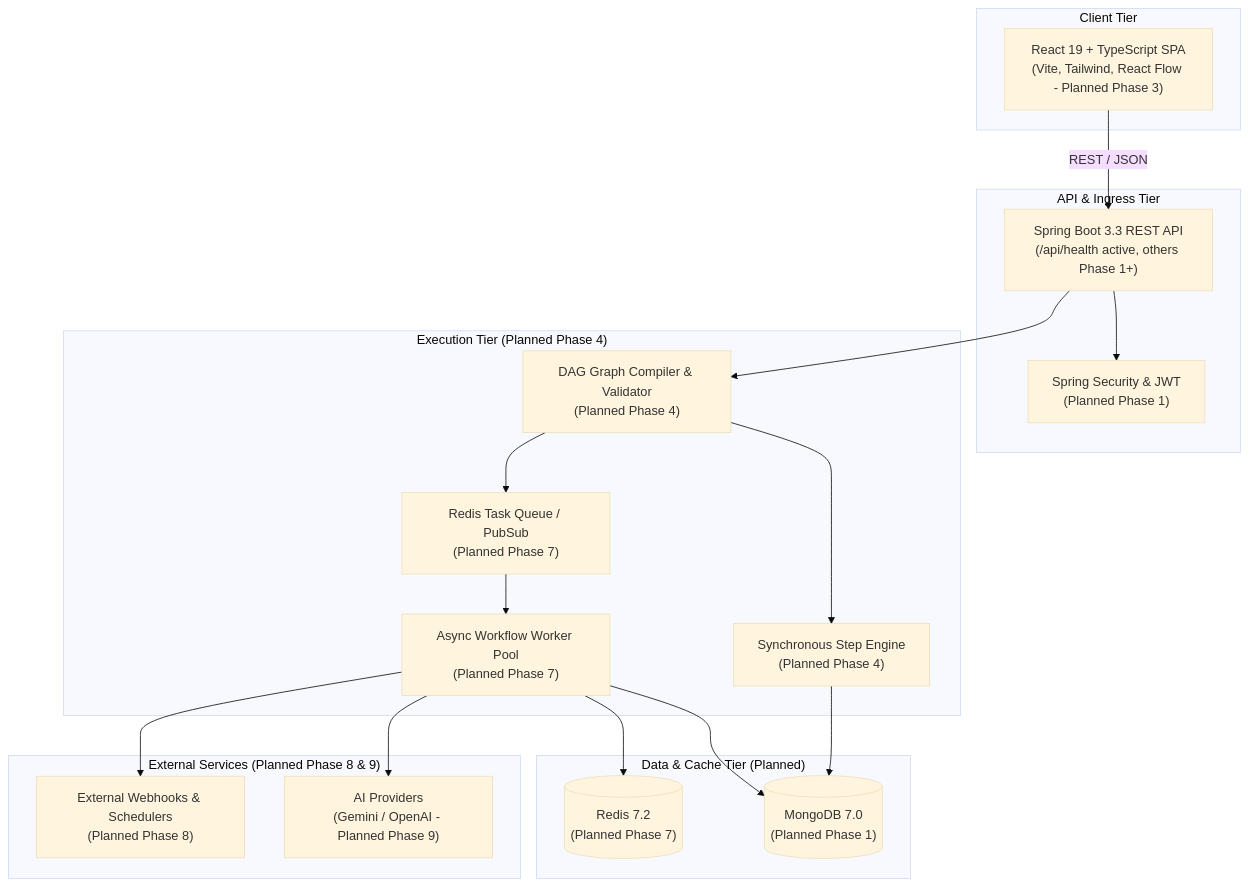
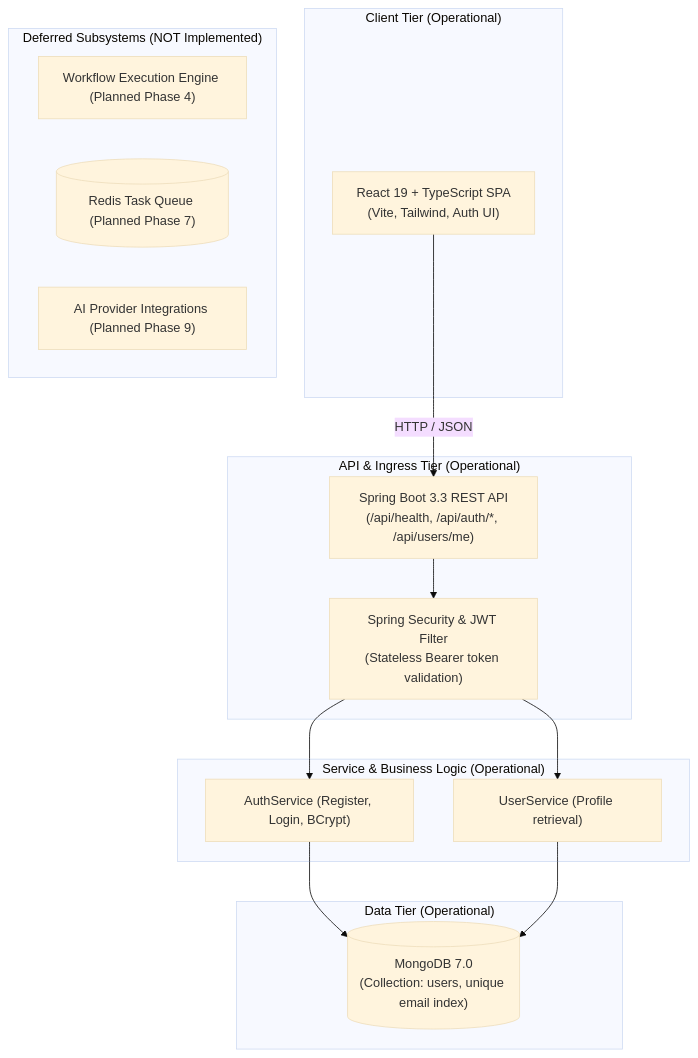
Before and after one commit to abhijeet-rx/Adonis: the diagram in ARCHITECTURE.md, drawn with Mermaid (base theme). The commit also changed other lines of this file and 15 other files, not shown here.

Commit message:
fix: finalize phase 1 authentication and user management

````diff
--- a/ARCHITECTURE.md
+++ b/ARCHITECTURE.md
@@ -21,40 +61,33 @@
 ```mermaid
 graph TD
-    subgraph Client["Client Tier"]
-        UI["React 19 + TypeScript SPA<br/>(Vite, Tailwind, React Flow - Planned Phase 3)"]
+    subgraph Client["Client Tier (Operational)"]
+        UI["React 19 + TypeScript SPA<br/>(Vite, Tailwind, Auth UI)"]
     end
 
-    subgraph Gateway["API & Ingress Tier"]
-        API["Spring Boot 3.3 REST API<br/>(/api/health active, others Phase 1+)"]
-        AUTH["Spring Security & JWT<br/>(Planned Phase 1)"]
+    subgraph Gateway["API & Ingress Tier (Operational)"]
+        API["Spring Boot 3.3 REST API<br/>(/api/health, /api/auth/*, /api/users/me)"]
+        AUTH["Spring Security & JWT Filter<br/>(Stateless Bearer token validation)"]
     end
 
-    subgraph Engine["Execution Tier (Planned Phase 4)"]
-        DAG["DAG Graph Compiler & Validator<br/>(Planned Phase 4)"]
-        SYNC["Synchronous Step Engine<br/>(Planned Phase 4)"]
-        QUEUE["Redis Task Queue / PubSub<br/>(Planned Phase 7)"]
-        WORKER["Async Workflow Worker Pool<br/>(Planned Phase 7)"]
+    subgraph ServiceLayer["Service & Business Logic (Operational)"]
+        AUTH_SVC["AuthService (Register, Login, BCrypt)"]
+        USER_SVC["UserService (Profile retrieval)"]
     end
 
-    subgraph Storage["Data & Cache Tier (Planned)"]
-        MONGO[("MongoDB 7.0<br/>(Planned Phase 1)")]
-        REDIS[("Redis 7.2<br/>(Planned Phase 7)")]
+    subgraph Storage["Data Tier (Operational)"]
+        MONGO[("MongoDB 7.0<br/>(Collection: users, unique email index)")]
     end
 
-    subgraph Integrations["External Services (Planned Phase 8 & 9)"]
-        AI["AI Providers<br/>(Gemini / OpenAI - Planned Phase 9)"]
-        HOOKS["External Webhooks & Schedulers<br/>(Planned Phase 8)"]
+    subgraph Deferred["Deferred Subsystems (NOT Implemented)"]
+        ENGINE["Workflow Execution Engine (Planned Phase 4)"]
+        REDIS[("Redis Task Queue (Planned Phase 7)")]
+        AI["AI Provider Integrations (Planned Phase 9)"]
     end
 
-    UI -->|REST / JSON| API
+    UI -->|HTTP / JSON| API
     API --> AUTH
-    API --> DAG
-    DAG --> SYNC
-    DAG --> QUEUE
-    QUEUE --> WORKER
-    SYNC --> MONGO
-    WORKER --> MONGO
-    WORKER --> REDIS
-    WORKER --> AI
-    WORKER --> HOOKS
+    AUTH --> AUTH_SVC
+    AUTH --> USER_SVC
+    AUTH_SVC --> MONGO
+    USER_SVC --> MONGO
 ```
````
